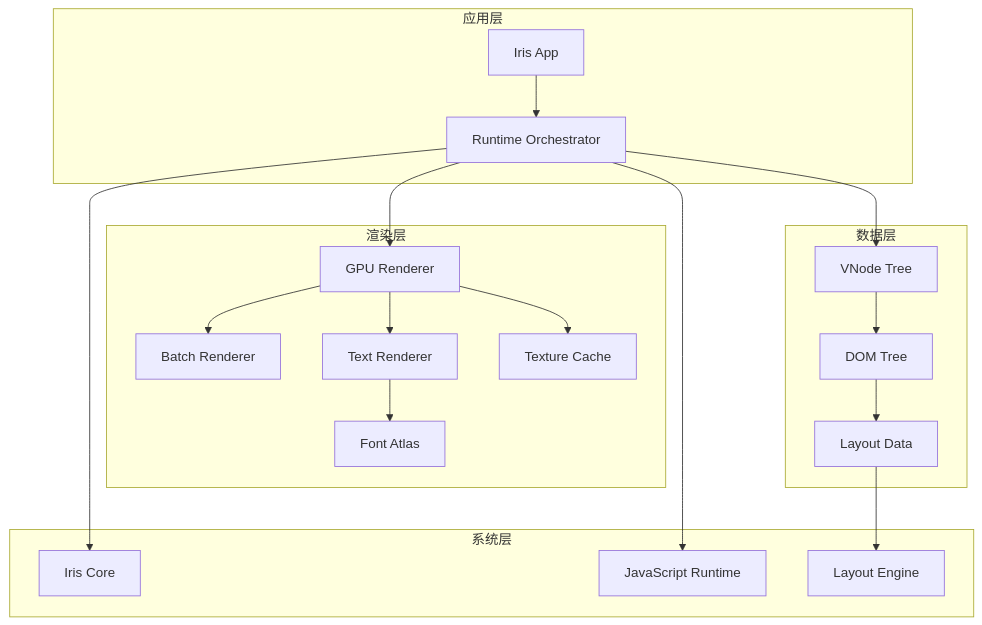
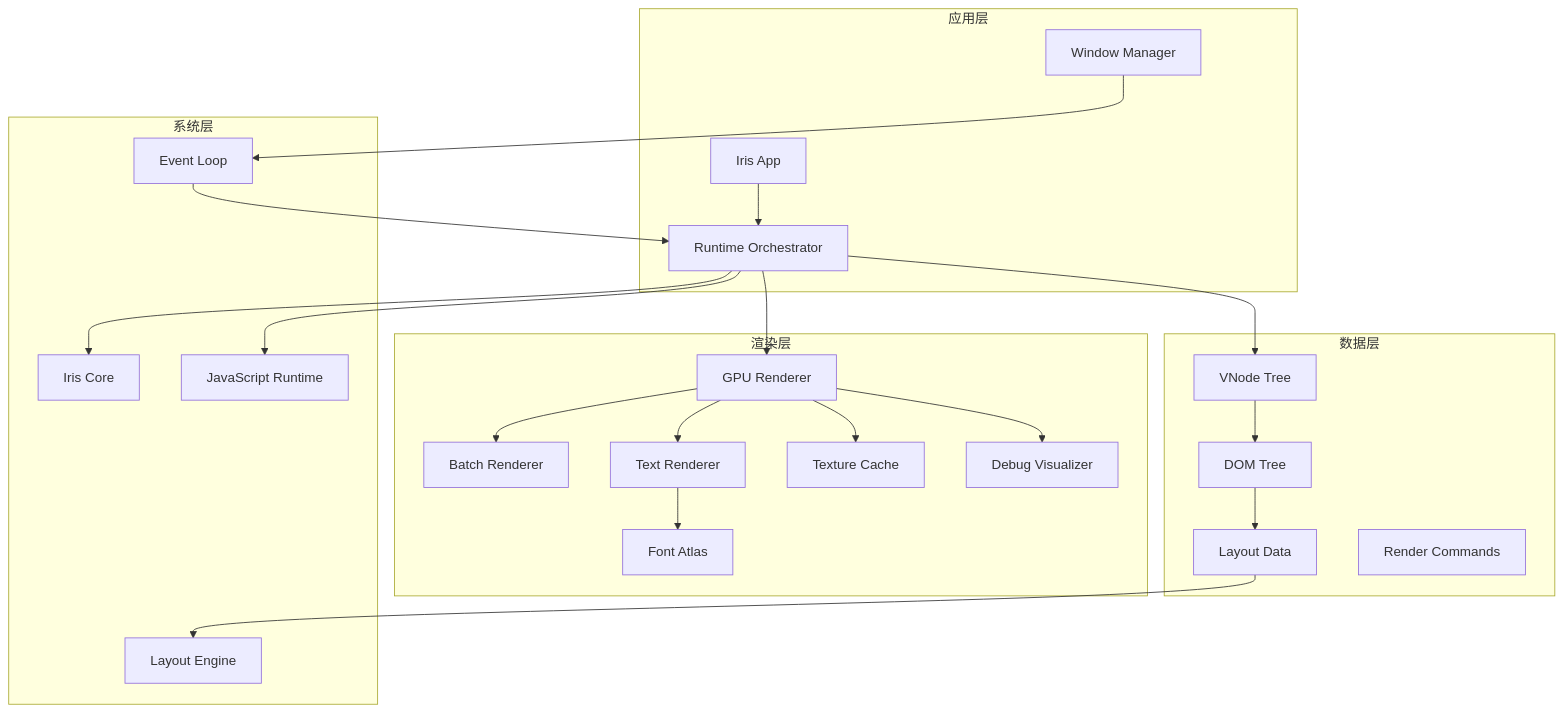
Before and after one commit to itszzl-sudo/iris: the first of 9 diagrams in .qoder/repowiki/zh/content/技术架构详解/WebGPU渲染引擎/GPU渲染器集成综合分析.md, drawn with Mermaid. The commit also changed other lines of this file and 57 other files, not shown here.

````diff
--- a/.qoder/repowiki/zh/content/技术架构详解/WebGPU渲染引擎/GPU渲染器集成综合分析.md
+++ b/.qoder/repowiki/zh/content/技术架构详解/WebGPU渲染引擎/GPU渲染器集成综合分析.md
@@ -44,36 +56,43 @@
 ```mermaid
 graph TB
 subgraph "应用层"
 App[Iris App]
 Runtime[Runtime Orchestrator]
+Window[Window Manager]
 end
 subgraph "渲染层"
 GPU[GPU Renderer]
 Batch[Batch Renderer]
 Text[Text Renderer]
 Font[Font Atlas]
 Texture[Texture Cache]
+Debug[Debug Visualizer]
 end
 subgraph "数据层"
 VNode[VNode Tree]
 DOM[DOM Tree]
 Layout[Layout Data]
+Commands[Render Commands]
 end
 subgraph "系统层"
 Core[Iris Core]
 JS[JavaScript Runtime]
 LayoutEngine[Layout Engine]
+EventLoop[Event Loop]
 end
 App --> Runtime
 Runtime --> GPU
 GPU --> Batch
 GPU --> Text
 Text --> Font
 GPU --> Texture
+GPU --> Debug
 Runtime --> VNode
 VNode --> DOM
 DOM --> Layout
 Layout --> LayoutEngine
 Runtime --> Core
 Runtime --> JS
+Window --> EventLoop
+EventLoop --> Runtime
 ```
````
